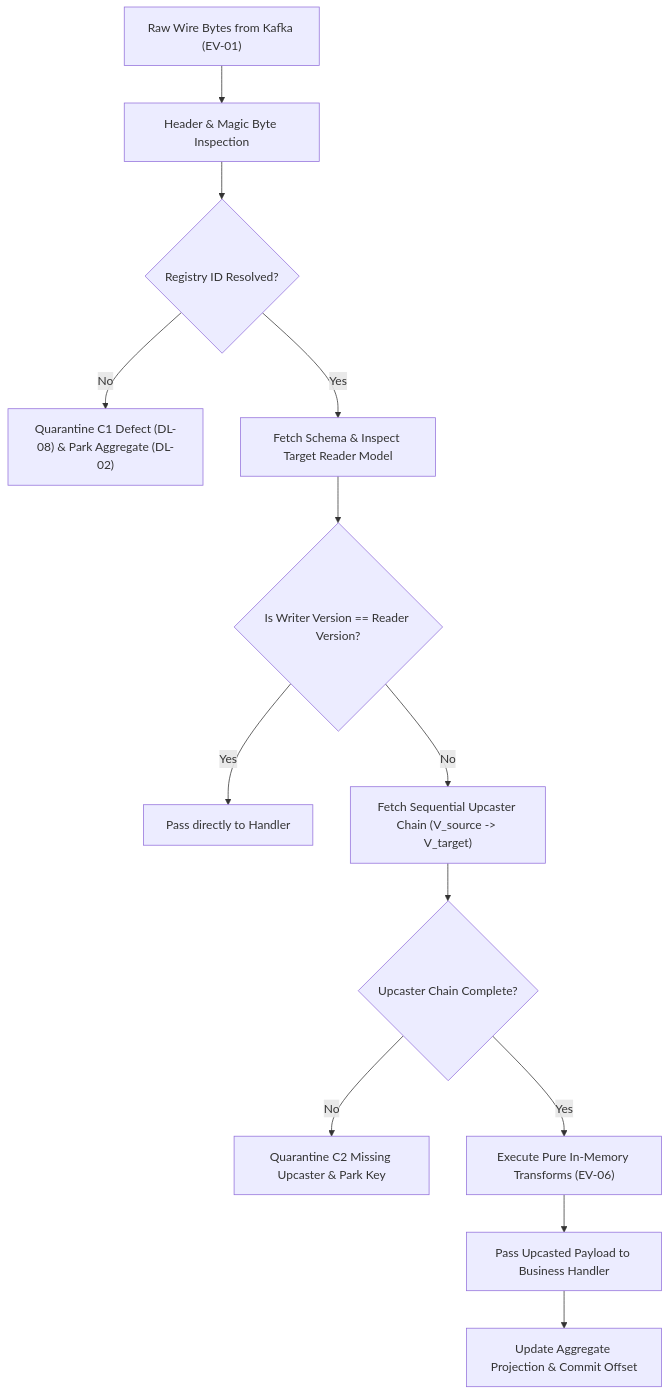
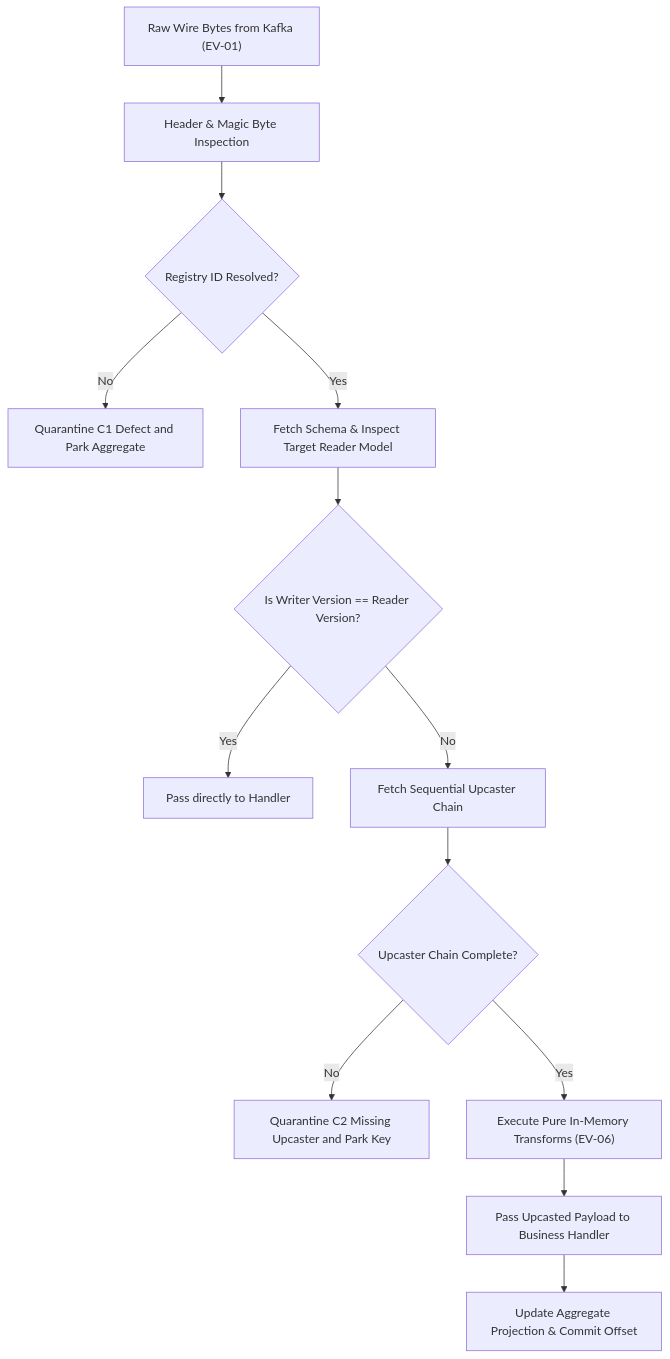
The second of 3 diagrams in docs/features/event-versioning/adr.md (Chief-Strategist-J/event-driven-platform), drawn with Mermaid before and after one commit. The commit also changed other lines of this file, not shown here.

Commit message:
docs(event-versioning): add distributed tracing architecture and real-life production edge cases

````diff
--- a/docs/features/event-versioning/adr.md
+++ b/docs/features/event-versioning/adr.md
@@ -89,15 +90,15 @@
 ```mermaid
 flowchart TD
     A["Raw Wire Bytes from Kafka (EV-01)"] --> B["Header & Magic Byte Inspection"]
     B --> C{"Registry ID Resolved?"}
-    C -- No --> D["Quarantine C1 Defect (DL-08) & Park Aggregate (DL-02)"]
+    C -- No --> D["Quarantine C1 Defect and Park Aggregate"]
     C -- Yes --> E["Fetch Schema & Inspect Target Reader Model"]
     E --> F{"Is Writer Version == Reader Version?"}
     F -- Yes --> G["Pass directly to Handler"]
-    F -- No --> H["Fetch Sequential Upcaster Chain (V_source -> V_target)"]
+    F -- No --> H["Fetch Sequential Upcaster Chain"]
     H --> I{"Upcaster Chain Complete?"}
-    I -- No --> J["Quarantine C2 Missing Upcaster & Park Key"]
+    I -- No --> J["Quarantine C2 Missing Upcaster and Park Key"]
     I -- Yes --> K["Execute Pure In-Memory Transforms (EV-06)"]
     K --> L["Pass Upcasted Payload to Business Handler"]
     L --> M["Update Aggregate Projection & Commit Offset"]
 ```
````
